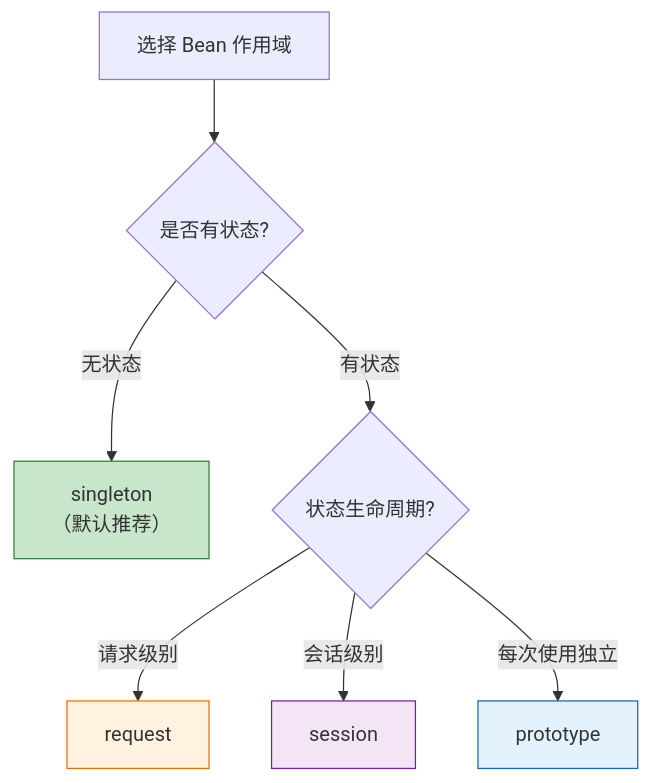
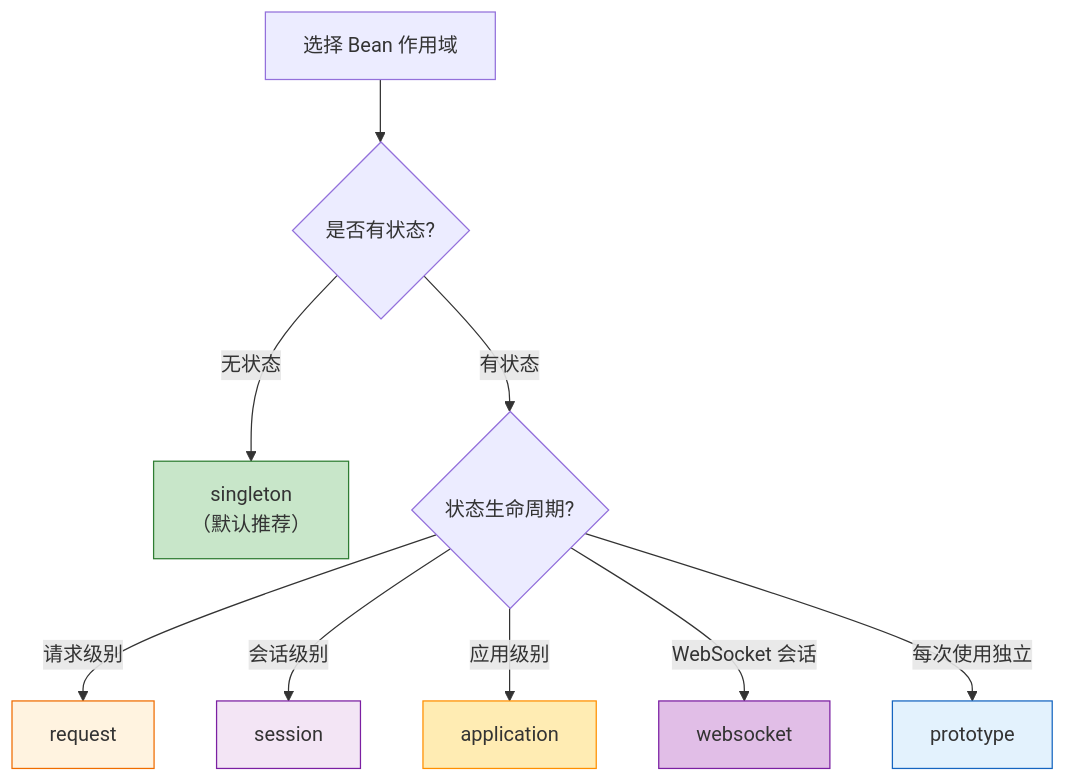
One commit to watslab/interview_doc changed the sixth of 6 diagrams in Spring Bean 作用域详解.md. Above: the diagram before and after it, drawn with Mermaid. The commit also changed other lines of this file, not shown here.

Commit message:
更新技术文档 - Spring Bean 作用域详解.md：补齐作用域选择原则图表场景

````diff
--- a/Spring Bean 作用域详解.md
+++ b/Spring Bean 作用域详解.md
@@ -392,16 +392,20 @@
 ```mermaid
 flowchart TB
     Start["选择 Bean 作用域"] --> Q1{"是否有状态?"}
     
     Q1 -->|"无状态"| Singleton["singleton<br/>（默认推荐）"]
     Q1 -->|"有状态"| Q2{"状态生命周期?"}
     
     Q2 -->|"请求级别"| Request["request"]
     Q2 -->|"会话级别"| Session["session"]
+    Q2 -->|"应用级别"| Application["application"]
+    Q2 -->|"WebSocket 会话"| WebSocket["websocket"]
     Q2 -->|"每次使用独立"| Prototype["prototype"]
     
     style Singleton fill:#c8e6c9,stroke:#2e7d32
     style Prototype fill:#e3f2fd,stroke:#1565c0
     style Request fill:#fff3e0,stroke:#ef6c00
     style Session fill:#f3e5f5,stroke:#7b1fa2
+    style Application fill:#ffecb3,stroke:#ff8f00
+    style WebSocket fill:#e1bee7,stroke:#7b1fa2
 ```
````
